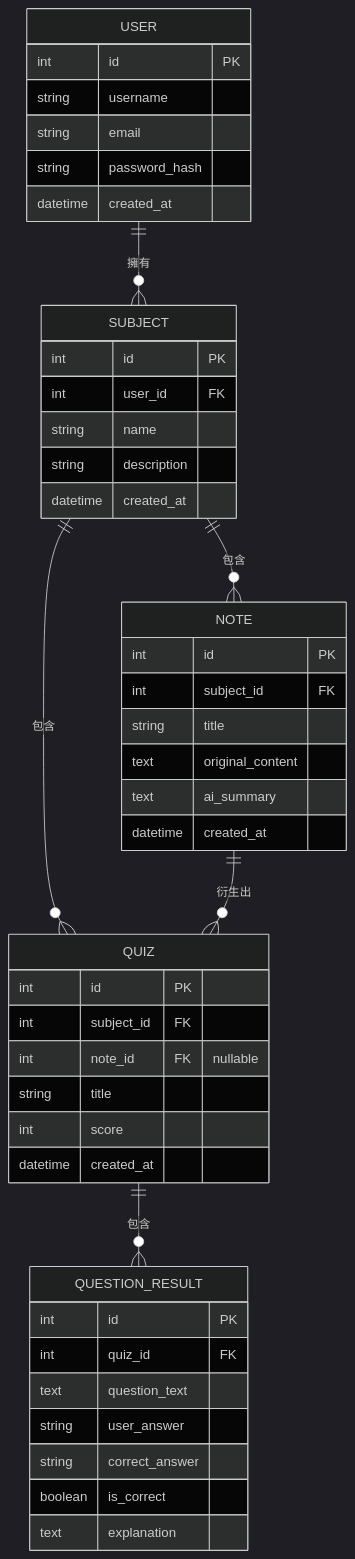
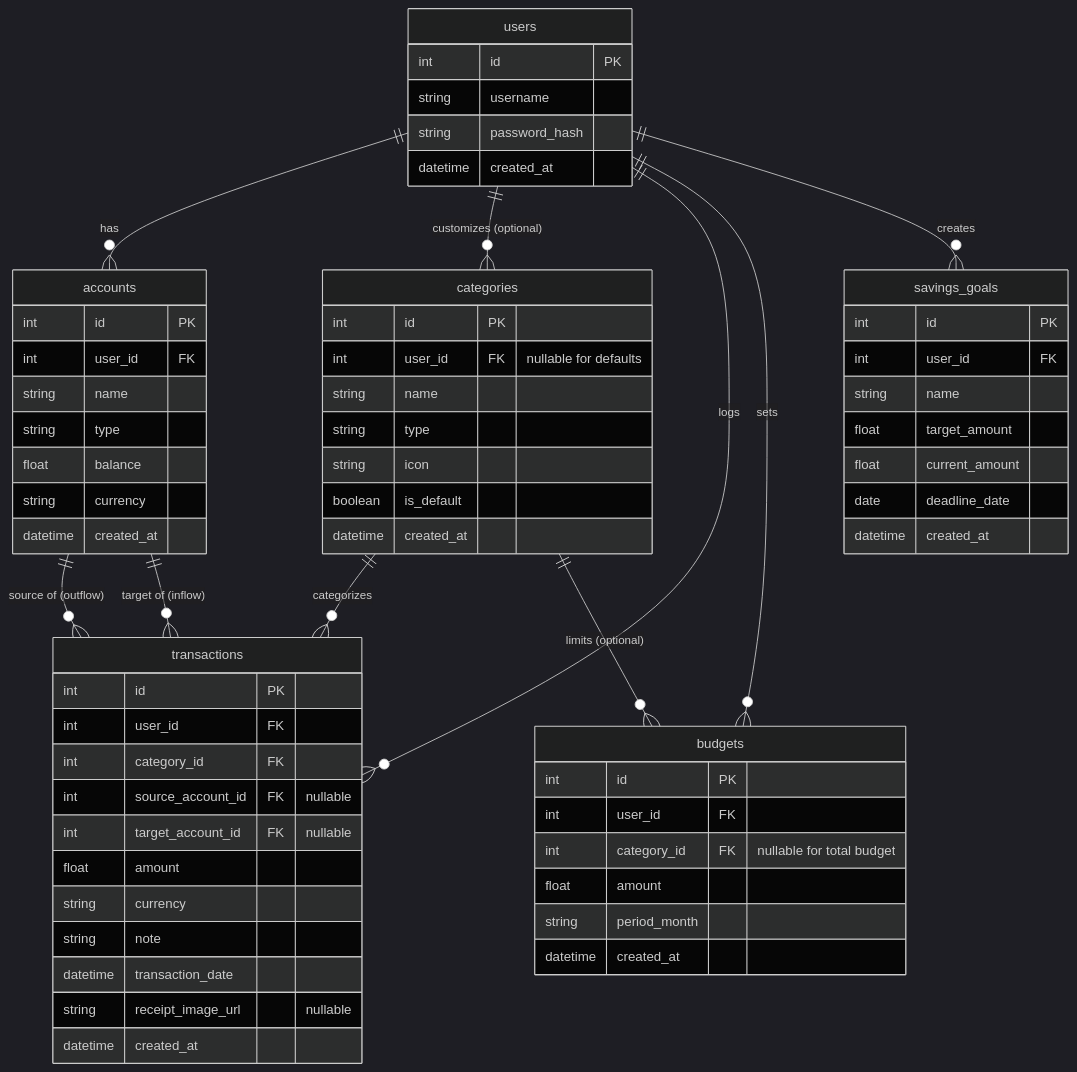
The diagram in docs/DB_DESIGN.md (king2007960206-art/web_app_development), drawn with Mermaid (dark theme) before and after one commit. The commit also changed other lines of this file and 8 other files, not shown here.

Commit message:
feat: add database schema and models

````diff
--- a/docs/DB_DESIGN.md
+++ b/docs/DB_DESIGN.md
@@ -7,52 +9,74 @@
 ```mermaid
 erDiagram
-  USER {
+  users ||--o{ accounts : has
+  users ||--o{ categories : "customizes (optional)"
+  users ||--o{ transactions : logs
+  users ||--o{ budgets : sets
+  users ||--o{ savings_goals : creates
+
+  categories ||--o{ transactions : categorizes
+  categories ||--o{ budgets : "limits (optional)"
+  
+  accounts ||--o{ transactions : "source of (outflow)"
+  accounts ||--o{ transactions : "target of (inflow)"
+
+  users {
     int id PK
     string username
-    string email
     string password_hash
     datetime created_at
   }
-  
-  SUBJECT {
+
+  accounts {
     int id PK
     int user_id FK
     string name
-    string description
+    string type
+    float balance
+    string currency
     datetime created_at
   }
-  
-  NOTE {
+
+  categories {
     int id PK
-    int subject_id FK
-    string title
-    text original_content
-    text ai_summary
+    int user_id FK "nullable for defaults"
+    string name
+    string type
+    string icon
+    boolean is_default
     datetime created_at
   }
-  
-  QUIZ {
+
+  transactions {
     int id PK
-    int subject_id FK
-    int note_id FK "nullable"
-    string title
-    int score
+    int user_id FK
+    int category_id FK
+    int source_account_id FK "nullable"
+    int target_account_id FK "nullable"
+    float amount
+    string currency
+    string note
+    datetime transaction_date
+    string receipt_image_url "nullable"
     datetime created_at
   }
-  
-  QUESTION_RESULT {
+
+  budgets {
     int id PK
-    int quiz_id FK
-    text question_text
-    string user_answer
-    string correct_answer
-    boolean is_correct
-    text explanation
+    int user_id FK
+    int category_id FK "nullable for total budget"
+    float amount
+    string period_month
+    datetime created_at
   }
 
-  USER ||--o{ SUBJECT : "擁有"
-  SUBJECT ||--o{ NOTE : "包含"
-  SUBJECT ||--o{ QUIZ : "包含"
-  NOTE ||--o{ QUIZ : "衍生出"
-  QUIZ ||--o{ QUESTION_RESULT : "包含"
+  savings_goals {
+    int id PK
+    int user_id FK
+    string name
+    float target_amount
+    float current_amount
+    date deadline_date
+    datetime created_at
+  }
 ```
````
